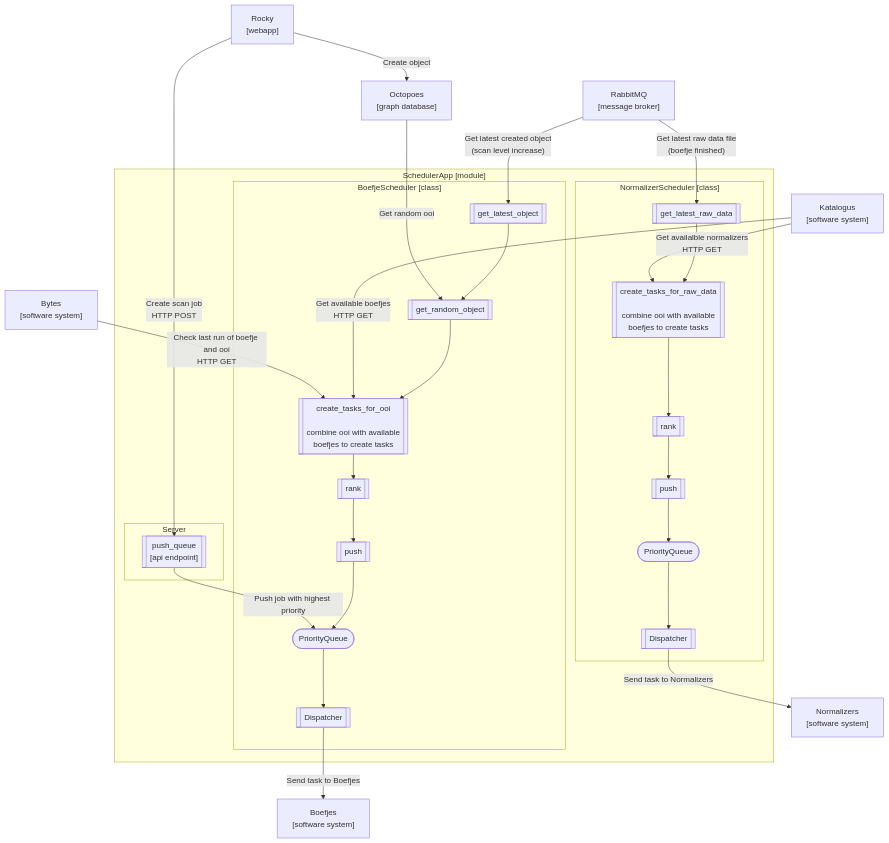
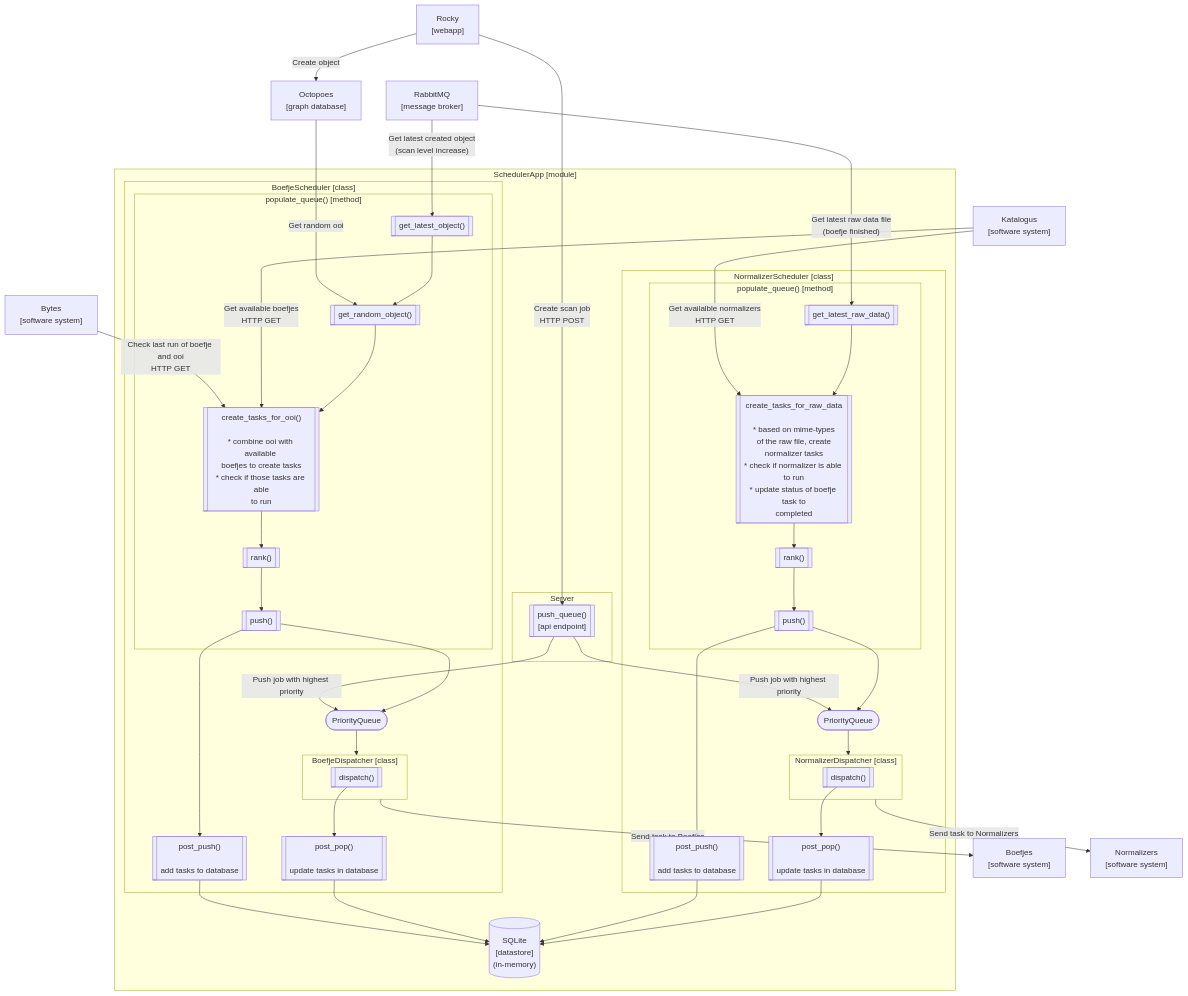
The third of 4 diagrams in docs/design.md (minvws/nl-kat-mula), drawn with Mermaid before and after one commit. The commit also changed other lines of this file and 1 other file, not shown here.

Commit message:
Update design document

````diff
--- a/docs/design.md
+++ b/docs/design.md
@@ -70,6 +104,7 @@
 ```mermaid
 flowchart TB
     
+    %% External services
     Rocky["Rocky<br/>[webapp]"]
     Octopoes["Octopoes<br/>[graph database]"]
     Katalogus["Katalogus<br/>[software system]"]
@@ -78,10 +113,13 @@
     Bytes["Bytes<br/>[software system]"]
     RabbitMQ["RabbitMQ<br/>[message broker]"]
 
-
+    %% Rocky flow
     Rocky--"Create object"-->Octopoes
     Rocky--"Create scan job<br/>HTTP POST"--->push_queue
+    push_queue--"Push job with highest priority"-->BoefjePriorityQueue
+    push_queue--"Push job with highest priority"-->NormalizerPriorityQueue
     
+    %% External services flow
     Bytes--"Check last run of boefje and ooi<br/>HTTP GET"-->create_tasks_for_ooi
     Katalogus--"Get available boefjes<br/>HTTP GET"--->create_tasks_for_ooi
     Katalogus--"Get availalble normalizers<br/>HTTP GET"-->create_tasks_for_raw_data
@@ -89,40 +127,76 @@
     RabbitMQ--"Get latest created object<br/>(scan level increase)"-->get_latest_object
     RabbitMQ--"Get latest raw data file<br/>(boefje finished)"-->get_latest_raw_data
 
-    push_queue--"Push job with highest priority"-->BoefjePriorityQueue
-
-    BoefjeDispatcher--"Send task to Boefjes"-->Boefjes
+    %% Boefje flow
+    get_latest_object-->get_random_object-->create_tasks_for_ooi-->rank_boefje-->push_boefje
+    push_boefje-->post_push_boefje
+    push_boefje--> BoefjePriorityQueue
+    post_push_boefje-->Datastore
+    post_pop_boefje-->Datastore
+    BoefjeDispatcher--"Send task to Boefjes"-->Boefjes    
+    
+    %% Normalizer flow
+    get_latest_raw_data-->create_tasks_for_raw_data-->rank_normalizer-->push_normalizer
+    push_normalizer-->post_push_normalizer
+    push_normalizer-->NormalizerPriorityQueue
+    post_push_normalizer-->Datastore
+    post_pop_normalizer-->Datastore
     NormalizerDispatcher--"Send task to Normalizers"-->Normalizers
 
-    get_latest_object-->get_random_object-->create_tasks_for_ooi-->rank_boefje-->push_boefje-->BoefjePriorityQueue-->BoefjeDispatcher
-
-    get_latest_raw_data-->create_tasks_for_raw_data-->rank_normalizer-->push_normalizer-->NormalizerPriorityQueue-->NormalizerDispatcher
 
     subgraph Scheduler["SchedulerApp [module]"]
 
         subgraph BoefjeScheduler["BoefjeScheduler [class]"]
-            get_latest_object[["get_latest_object"]]
-            get_random_object[["get_random_object"]]
-            create_tasks_for_ooi[["create_tasks_for_ooi<br/><br/>combine ooi with available <br/>boefjes to create tasks"]]
-            rank_boefje[["rank"]]
-            push_boefje[["push"]]
+            subgraph BoefjePopulateQueue["populate_queue() [method]"]
+                get_latest_object[["get_latest_object()"]]
+                get_random_object[["get_random_object()"]]
+                create_tasks_for_ooi[["create_tasks_for_ooi()<br/><br/>* combine ooi with available <br/>boefjes to create tasks<br/>* check if those tasks are able<br/>to run"]]
+                rank_boefje[["rank()"]]
+                push_boefje[["push()"]]
+            end
+
+            post_push_boefje[["post_push()<br/><br/>add tasks to database"]]
+            post_pop_boefje[["post_pop()<br/><br/>update tasks in database"]]
+
             BoefjePriorityQueue(["PriorityQueue"])
+            BoefjePriorityQueue-->BoefjeDispatcher
+            
             BoefjeDispatcher[["Dispatcher"]]
         end
 
+        subgraph BoefjeDispatcher["BoefjeDispatcher [class]"]
+            boefje_dispatch[["dispatch()"]]
+        end
+        boefje_dispatch-->post_pop_boefje
+
+
         subgraph NormalizerScheduler["NormalizerScheduler [class]"]
-            get_latest_raw_data[["get_latest_raw_data"]]
-            create_tasks_for_raw_data[["create_tasks_for_raw_data<br/><br/>combine ooi with available <br/>boefjes to create tasks"]]
-            rank_normalizer[["rank"]]
-            push_normalizer[["push"]]
+            subgraph NormalizerPopulateQueue["populate_queue() [method]"]
+                get_latest_raw_data[["get_latest_raw_data()"]]
+                create_tasks_for_raw_data[["create_tasks_for_raw_data<br/><br/>* based on mime-types<br/>of the raw file, create<br/>normalizer tasks<br/>* check if normalizer is able to run<br/>* update status of boefje task to<br/>completed"]]
+                rank_normalizer[["rank()"]]
+                push_normalizer[["push()"]]
+            end
+
+            post_push_normalizer[["post_push()<br/><br/>add tasks to database"]]
+            post_pop_normalizer[["post_pop()<br/><br/>update tasks in database"]]
+            
             NormalizerPriorityQueue(["PriorityQueue"])
-            NormalizerDispatcher[["Dispatcher"]]
+            NormalizerPriorityQueue-->NormalizerDispatcher
+
+            NormalizerDispatcher[["NormalizerDispatcher"]]
         end
 
+        subgraph NormalizerDispatcher["NormalizerDispatcher [class]"]
+            normalizer_dispatch[["dispatch()"]]
+        end
+        normalizer_dispatch-->post_pop_normalizer
+
         subgraph Server
-            push_queue[["push_queue<br/>[api endpoint]"]]
+            push_queue[["push_queue()<br/>[api endpoint]"]]
         end
 
+        Datastore[("SQLite<br/>[datastore]<br/>(in-memory)")]
+
     end
-
 ```
````
